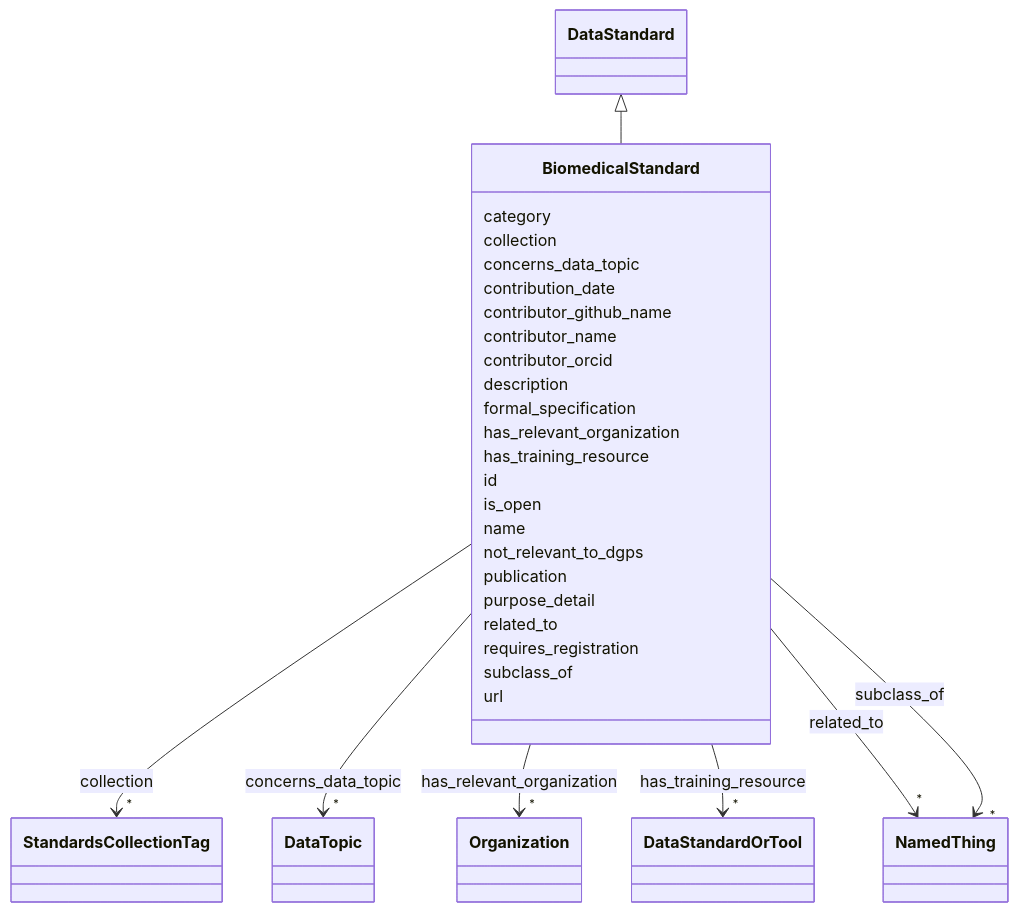
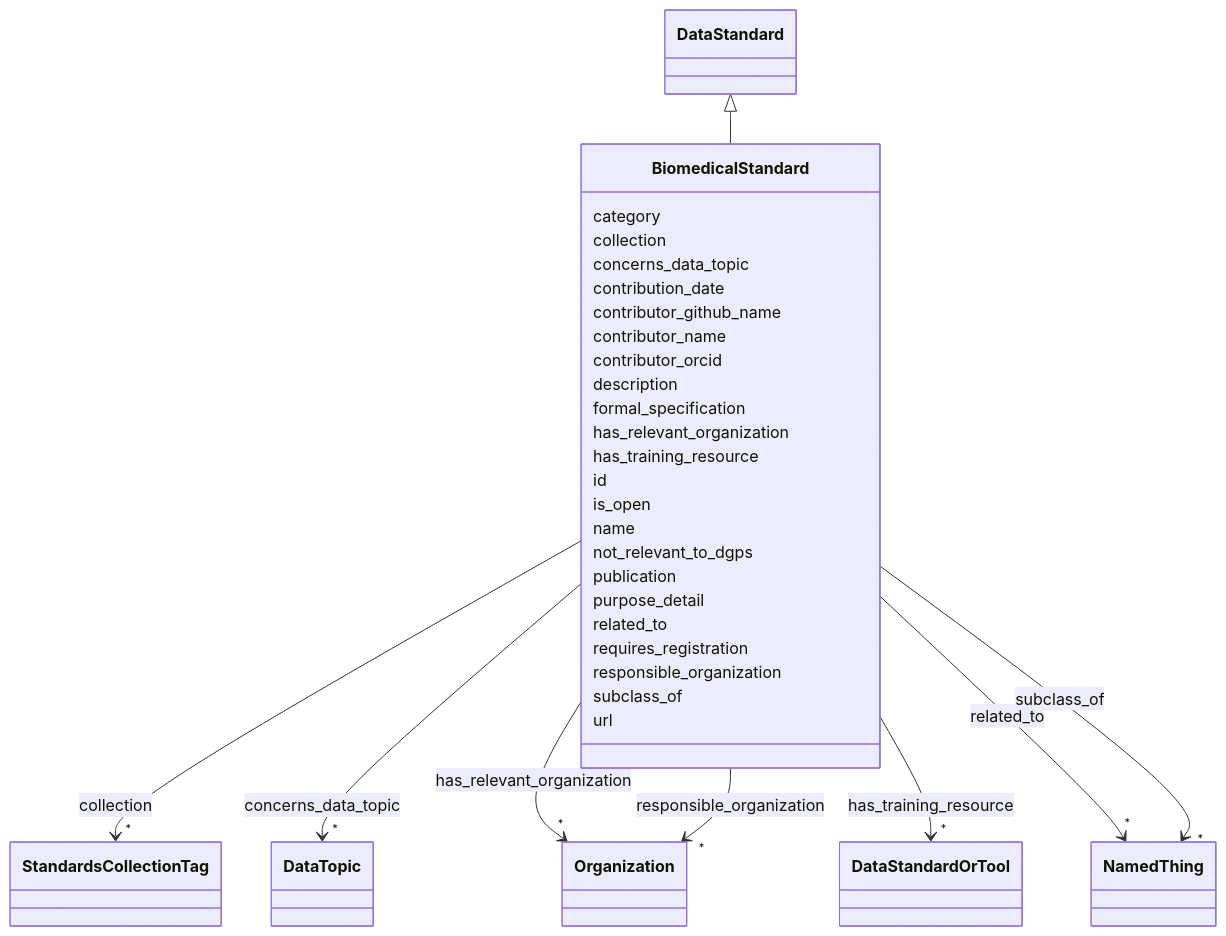
Before and after one commit to bridge2ai/standards-schemas: the diagram in docs/BiomedicalStandard.md, drawn with Mermaid. The commit also changed other lines of this file and 37 other files, not shown here.

```diff
--- a/docs/BiomedicalStandard.md
+++ b/docs/BiomedicalStandard.md
@@ -96,6 +96,15 @@
         
       BiomedicalStandard : requires_registration
         
+      BiomedicalStandard : responsible_organization
+        
+          
+    
+    
+    BiomedicalStandard --> "*" Organization : responsible_organization
+    click Organization href "../Organization"
+
+        
       BiomedicalStandard : subclass_of
         
           
```
